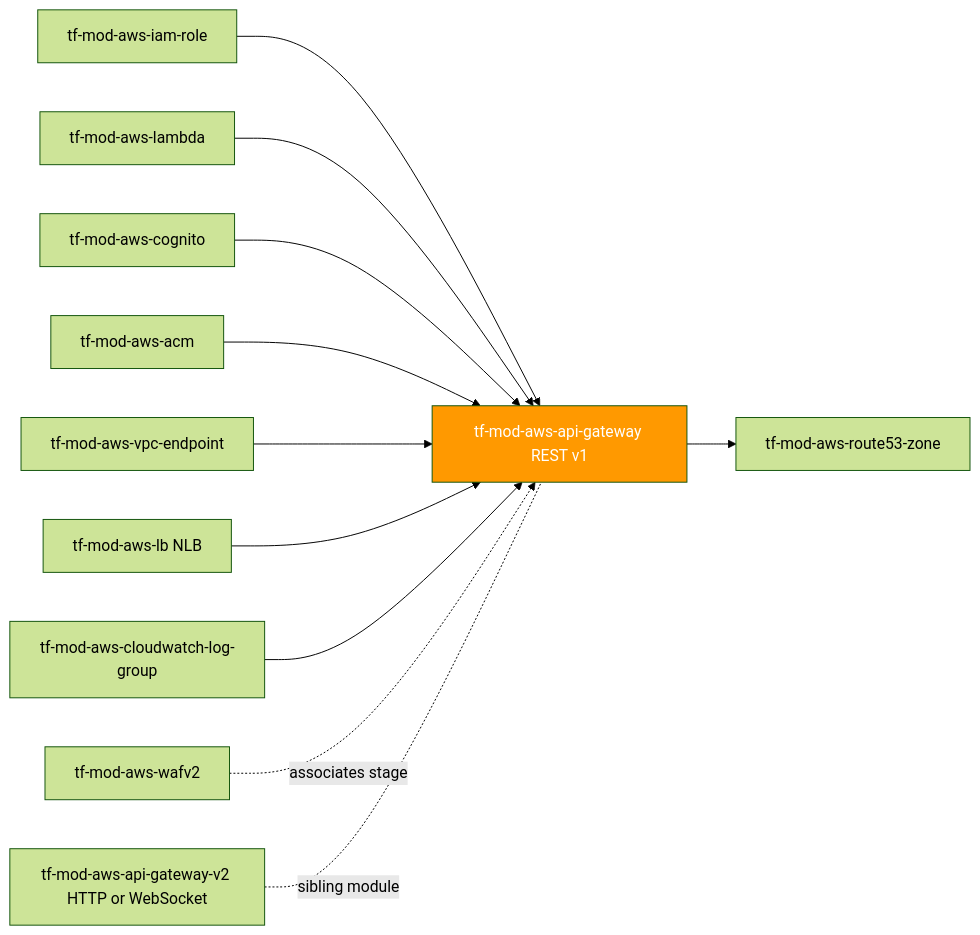
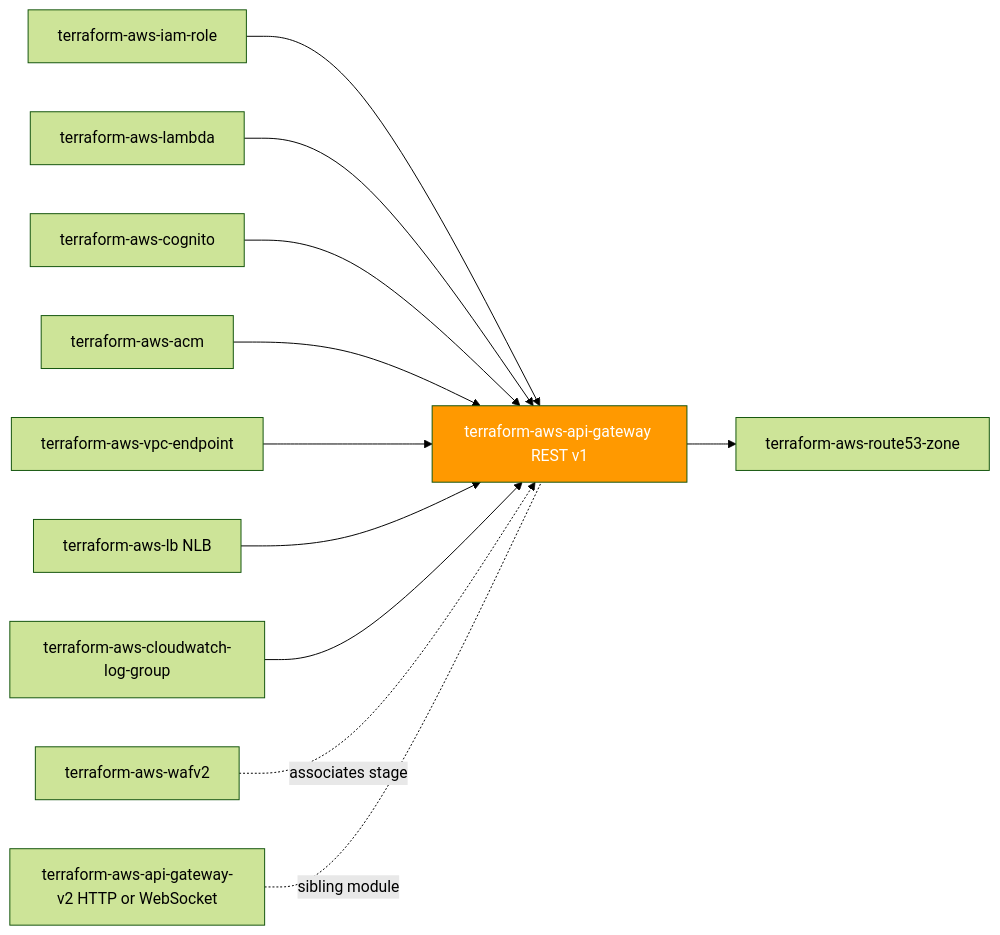
Before and after one commit to microsoftexpert/terraform-aws-api-gateway: the first of 2 diagrams in README.md, drawn with Mermaid (forest theme). The commit also changed other lines of this file and 5 other files, not shown here.

````diff
--- a/README.md
+++ b/README.md
@@ -47,15 +47,15 @@
 ```mermaid
 flowchart LR
- IAM[tf-mod-aws-iam-role] --> APIGW
- LAMBDA[tf-mod-aws-lambda] --> APIGW
- COGNITO[tf-mod-aws-cognito] --> APIGW
- ACM[tf-mod-aws-acm] --> APIGW
- VPCE[tf-mod-aws-vpc-endpoint] --> APIGW
- LB[tf-mod-aws-lb NLB] --> APIGW
- CWLG[tf-mod-aws-cloudwatch-log-group] --> APIGW
- WAFV2[tf-mod-aws-wafv2] -. associates stage.-> APIGW
- APIGW[tf-mod-aws-api-gateway REST v1] --> ROUTE53[tf-mod-aws-route53-zone]
- APIGWV2[tf-mod-aws-api-gateway-v2 HTTP or WebSocket] -. sibling module.- APIGW
+ IAM[terraform-aws-iam-role] --> APIGW
+ LAMBDA[terraform-aws-lambda] --> APIGW
+ COGNITO[terraform-aws-cognito] --> APIGW
+ ACM[terraform-aws-acm] --> APIGW
+ VPCE[terraform-aws-vpc-endpoint] --> APIGW
+ LB[terraform-aws-lb NLB] --> APIGW
+ CWLG[terraform-aws-cloudwatch-log-group] --> APIGW
+ WAFV2[terraform-aws-wafv2] -. associates stage.-> APIGW
+ APIGW[terraform-aws-api-gateway REST v1] --> ROUTE53[terraform-aws-route53-zone]
+ APIGWV2[terraform-aws-api-gateway-v2 HTTP or WebSocket] -. sibling module.- APIGW
 
  style APIGW fill:#FF9900,color:#fff
 ```
````
